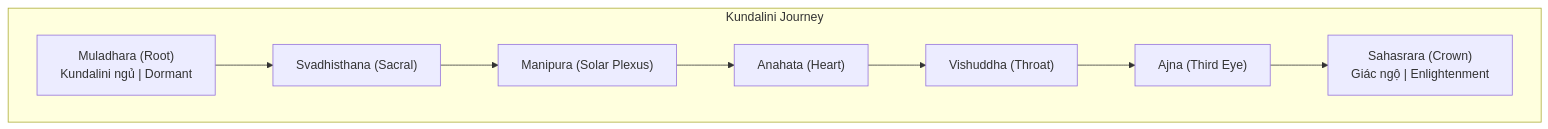
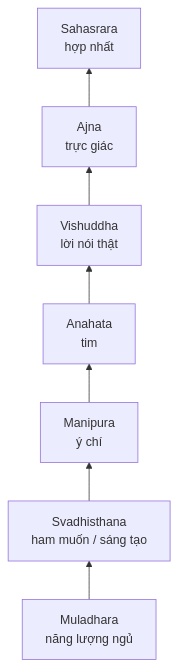
The first of 2 diagrams in esoterica/Kundalini.md (dyukahi/knowledge), drawn with Mermaid before and after one commit. The commit also changed other lines of this file and 5 other files, not shown here.

````diff
--- a/esoterica/Kundalini.md
+++ b/esoterica/Kundalini.md
@@ -22,14 +48,11 @@
 ```mermaid
-flowchart TB
-    subgraph "Kundalini Journey"
-        M["Muladhara (Root)<br/>Kundalini ngủ | Dormant"]
-        S["Svadhisthana (Sacral)"]
-        N["Manipura (Solar Plexus)"]
-        A["Anahata (Heart)"]
-        V["Vishuddha (Throat)"]
-        AJ["Ajna (Third Eye)"]
-        SA["Sahasrara (Crown)<br/>Giác ngộ | Enlightenment"]
-    end
-    
-    M --> S --> N --> A --> V --> AJ --> SA
+flowchart BT
+    A["Muladhara<br/>năng lượng ngủ"]
+    B["Svadhisthana<br/>ham muốn / sáng tạo"]
+    C["Manipura<br/>ý chí"]
+    D["Anahata<br/>tim"]
+    E["Vishuddha<br/>lời nói thật"]
+    F["Ajna<br/>trực giác"]
+    G["Sahasrara<br/>hợp nhất"]
+    A --> B --> C --> D --> E --> F --> G
 ```
````
